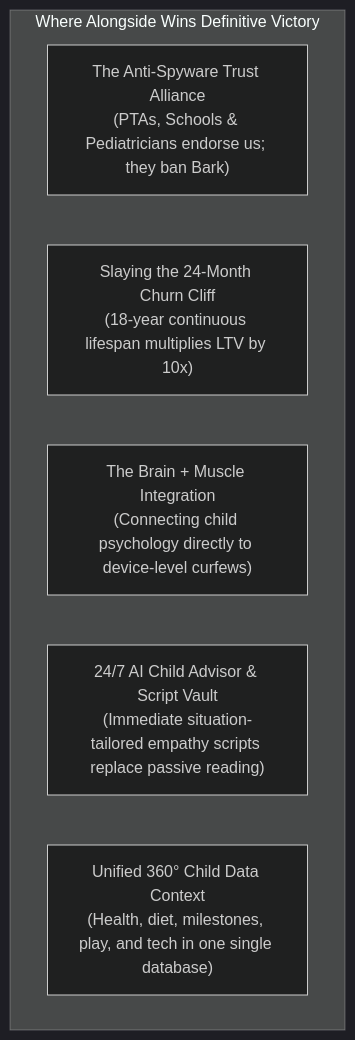
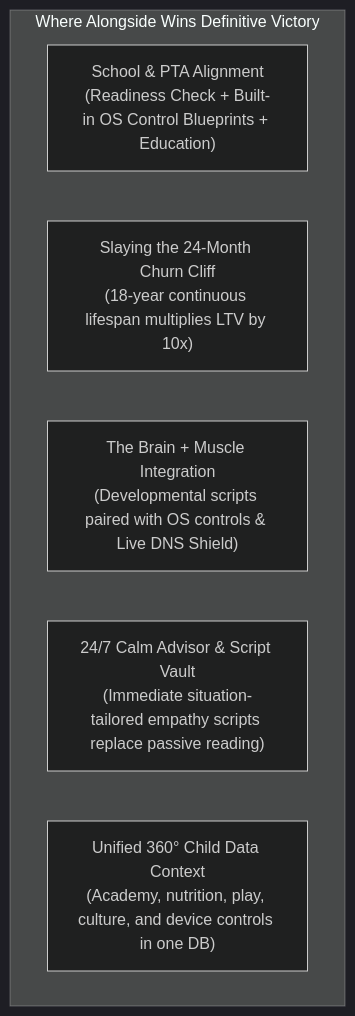
Before and after one commit to Souheil007/AlongSide: the second of 2 diagrams in docs/COMPETITIVE_ANALYSIS.md, drawn with Mermaid (dark theme). The commit also changed other lines of this file and 9 other files, not shown here.

````diff
--- a/docs/COMPETITIVE_ANALYSIS.md
+++ b/docs/COMPETITIVE_ANALYSIS.md
@@ -314,10 +312,10 @@
 ```mermaid
 flowchart TD
     subgraph Alongside_Moats["Where Alongside Wins Definitive Victory"]
-        W1["The Anti-Spyware Trust Alliance<br/>(PTAs, Schools & Pediatricians endorse us; they ban Bark)"]
+        W1["School & PTA Alignment<br/>(Readiness Check + Built-in OS Control Blueprints + Education)"]
         W2["Slaying the 24-Month Churn Cliff<br/>(18-year continuous lifespan multiplies LTV by 10x)"]
-        W3["The Brain + Muscle Integration<br/>(Connecting child psychology directly to device-level curfews)"]
-        W4["24/7 AI Child Advisor & Script Vault<br/>(Immediate situation-tailored empathy scripts replace passive reading)"]
-        W5["Unified 360° Child Data Context<br/>(Health, diet, milestones, play, and tech in one single database)"]
+        W3["The Brain + Muscle Integration<br/>(Developmental scripts paired with OS controls & Live DNS Shield)"]
+        W4["24/7 Calm Advisor & Script Vault<br/>(Immediate situation-tailored empathy scripts replace passive reading)"]
+        W5["Unified 360° Child Data Context<br/>(Academy, nutrition, play, culture, and device controls in one DB)"]
     end
 ```
````
